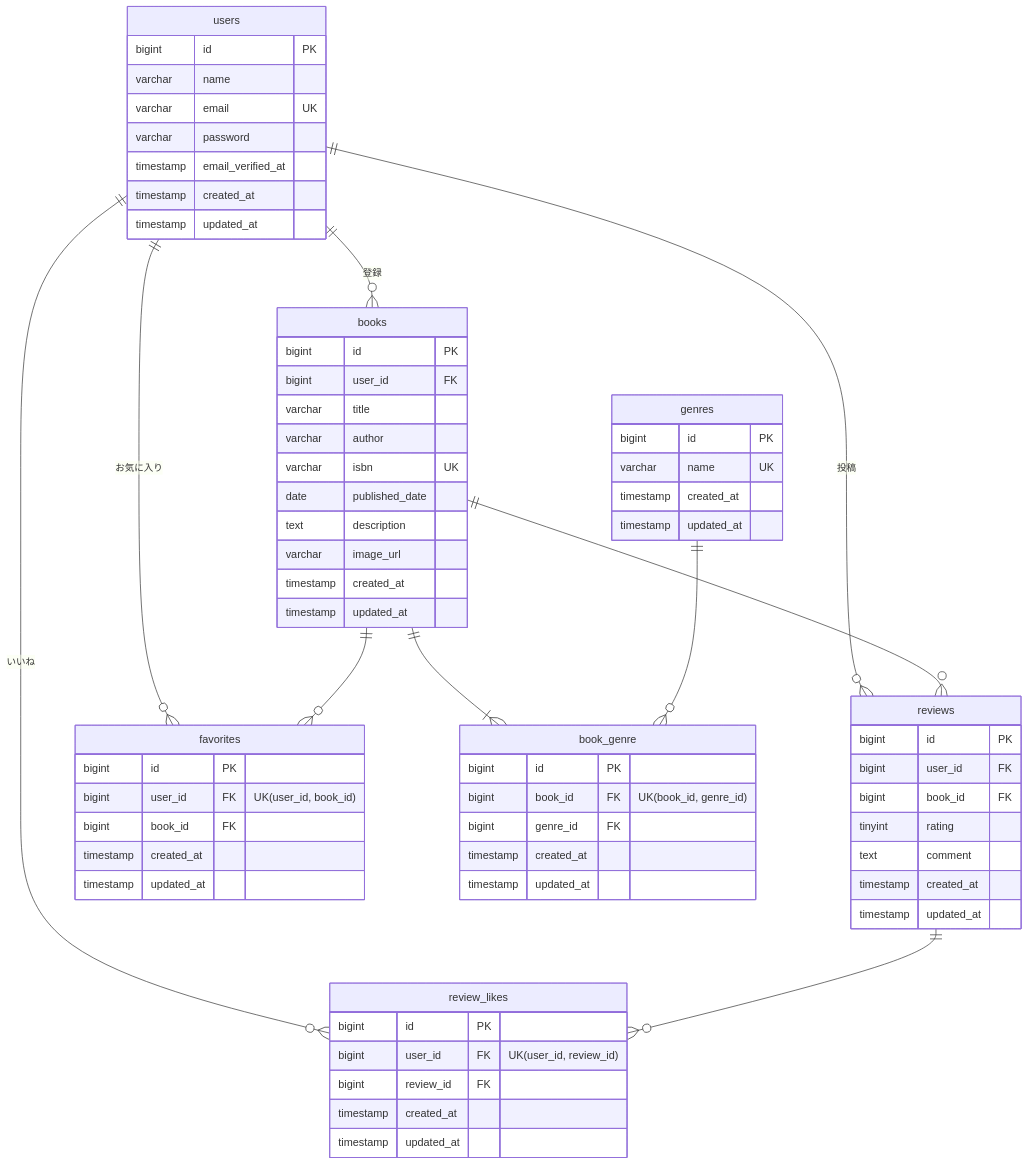
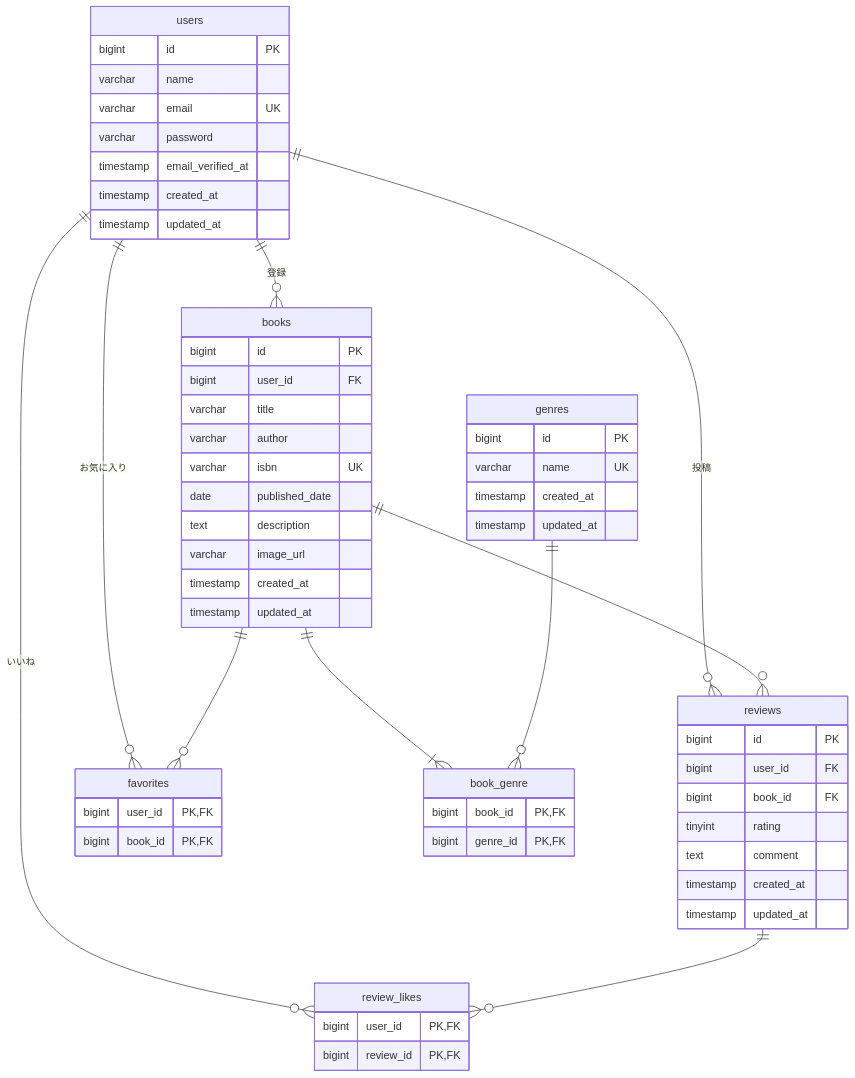
Before and after one commit to coachtech-material/ExampleAnswer-mockcase-BookShelf: the diagram in README.md, drawn with Mermaid. The commit also changed 3 other files, not shown here.

````diff
--- a/README.md
+++ b/README.md
@@ -226,76 +226,67 @@
 ```mermaid
 erDiagram
     users ||--o{ books : "登録"
     users ||--o{ reviews : "投稿"
     users ||--o{ favorites : "お気に入り"
     users ||--o{ review_likes : "いいね"
     books ||--o{ reviews : ""
     books ||--|{ book_genre : ""
     books ||--o{ favorites : ""
     genres ||--o{ book_genre : ""
     reviews ||--o{ review_likes : ""
 
     users {
         bigint id PK
         varchar name
         varchar email UK
         varchar password
         timestamp email_verified_at
         timestamp created_at
         timestamp updated_at
     }
 
     books {
         bigint id PK
         bigint user_id FK
         varchar title
         varchar author
         varchar isbn UK
         date published_date
         text description
         varchar image_url
         timestamp created_at
         timestamp updated_at
     }
 
     genres {
         bigint id PK
         varchar name UK
         timestamp created_at
         timestamp updated_at
     }
 
     reviews {
         bigint id PK
         bigint user_id FK
         bigint book_id FK
         tinyint rating
         text comment
         timestamp created_at
         timestamp updated_at
     }
 
     book_genre {
-        bigint id PK
-        bigint book_id FK "UK(book_id, genre_id)"
-        bigint genre_id FK
-        timestamp created_at
-        timestamp updated_at
+        bigint book_id PK,FK
+        bigint genre_id PK,FK
     }
 
     favorites {
-        bigint id PK
-        bigint user_id FK "UK(user_id, book_id)"
-        bigint book_id FK
-        timestamp created_at
-        timestamp updated_at
+        bigint user_id PK,FK
+        bigint book_id PK,FK
     }
 
     review_likes {
-        bigint id PK
-        bigint user_id FK "UK(user_id, review_id)"
-        bigint review_id FK
-        timestamp created_at
-        timestamp updated_at
+        bigint user_id PK,FK
+        bigint review_id PK,FK
     }
 ```
````
